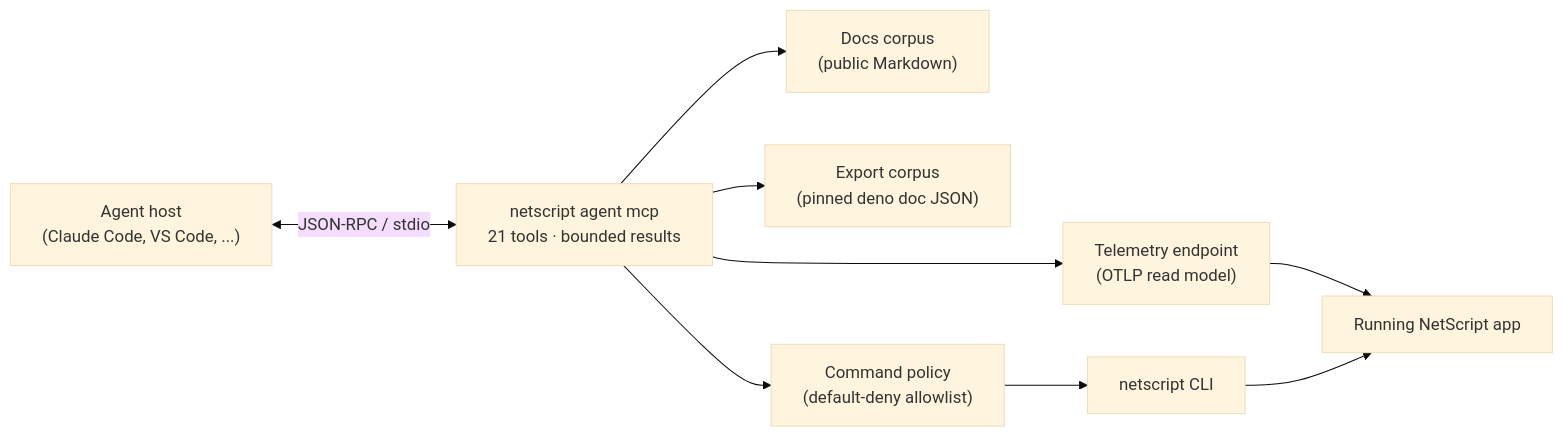
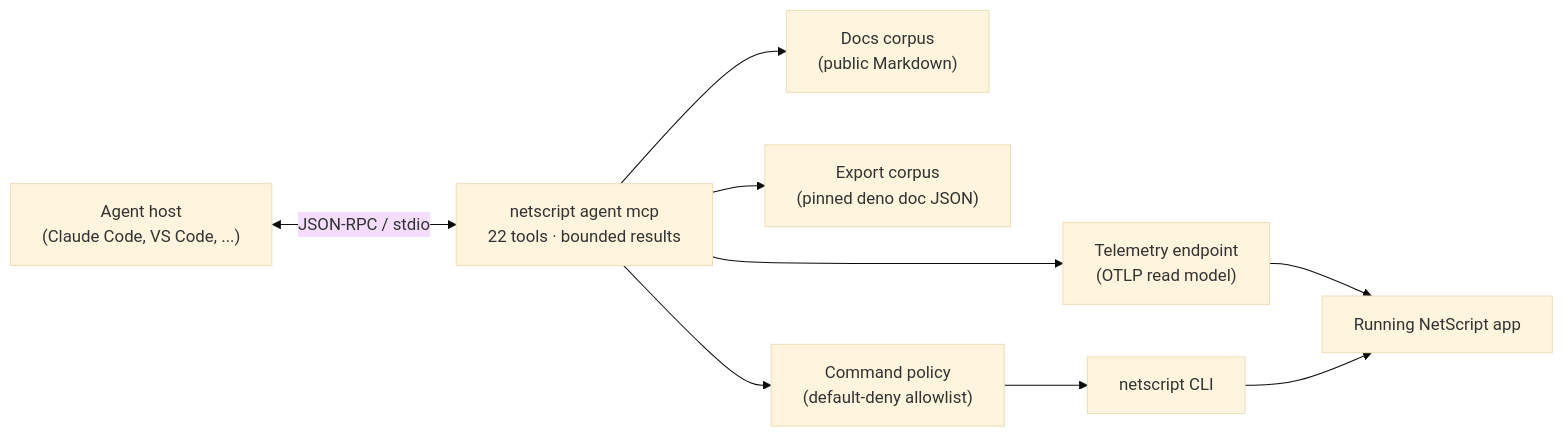
One commit to rickylabs/netscript changed the diagram in packages/mcp/README.md. Above: the diagram before and after it, drawn with Mermaid (base theme). The commit also changed other lines of this file and 26 other files, not shown here.

````diff
--- a/packages/mcp/README.md
+++ b/packages/mcp/README.md
@@ -46,11 +48,11 @@
 ```mermaid
 flowchart LR
-    A["Agent host<br/>(Claude Code, VS Code, ...)"] <-- "JSON-RPC / stdio" --> S["netscript agent mcp<br/>21 tools · bounded results"]
+    A["Agent host<br/>(Claude Code, VS Code, ...)"] <-- "JSON-RPC / stdio" --> S["netscript agent mcp<br/>22 tools · bounded results"]
     S --> T["Telemetry endpoint<br/>(OTLP read model)"]
     S --> D["Docs corpus<br/>(public Markdown)"]
     S --> E["Export corpus<br/>(pinned deno doc JSON)"]
     S --> P["Command policy<br/>(default-deny allowlist)"]
     T --> R["Running NetScript app"]
     P --> C["netscript CLI"]
     C --> R
 ```
````
